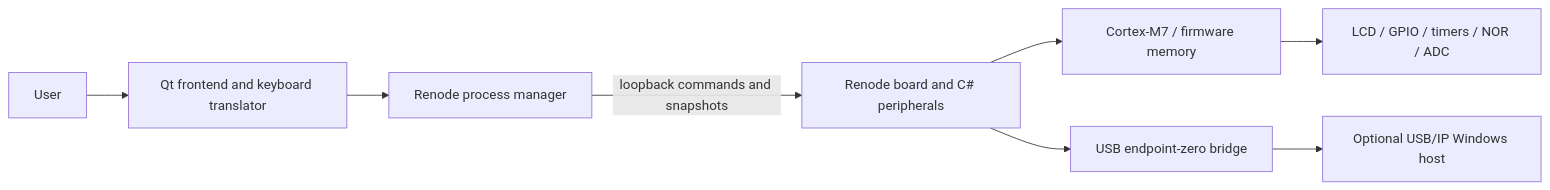
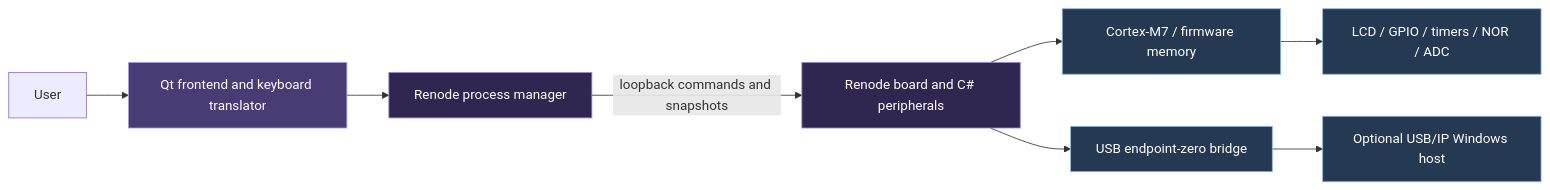
One commit to Dotmazy/N120-Emulator changed the diagram in README.md. Above: the diagram before and after it, drawn with Mermaid. The commit also changed other lines of this file and 10 other files, not shown here.

````diff
--- a/README.md
+++ b/README.md
@@ -108,10 +181,17 @@
 ```mermaid
 flowchart LR
     User --> Qt[Qt frontend and keyboard translator]
     Qt --> Manager[Renode process manager]
     Manager -->|loopback commands and snapshots| Board[Renode board and C# peripherals]
     Board --> CPU[Cortex-M7 / firmware memory]
     CPU --> LCD[LCD / GPIO / timers / NOR / ADC]
     Board --> USB[USB endpoint-zero bridge]
     USB --> Host[Optional USB/IP Windows host]
+
+    classDef frontend fill:#493c75,stroke:#a998ed,color:#fff
+    classDef engine fill:#302650,stroke:#9a87da,color:#fff
+    classDef hardware fill:#253952,stroke:#8bbade,color:#fff
+    class Qt frontend
+    class Manager,Board engine
+    class CPU,LCD,USB,Host hardware
 ```
````
